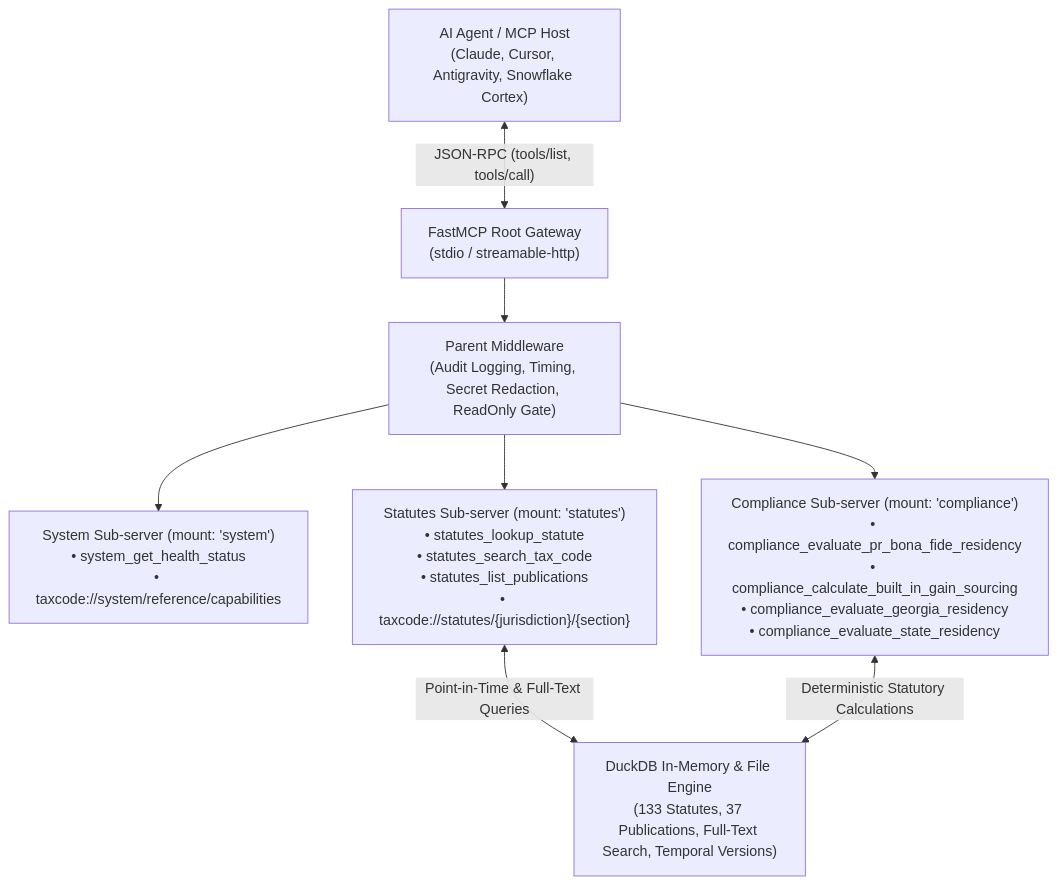
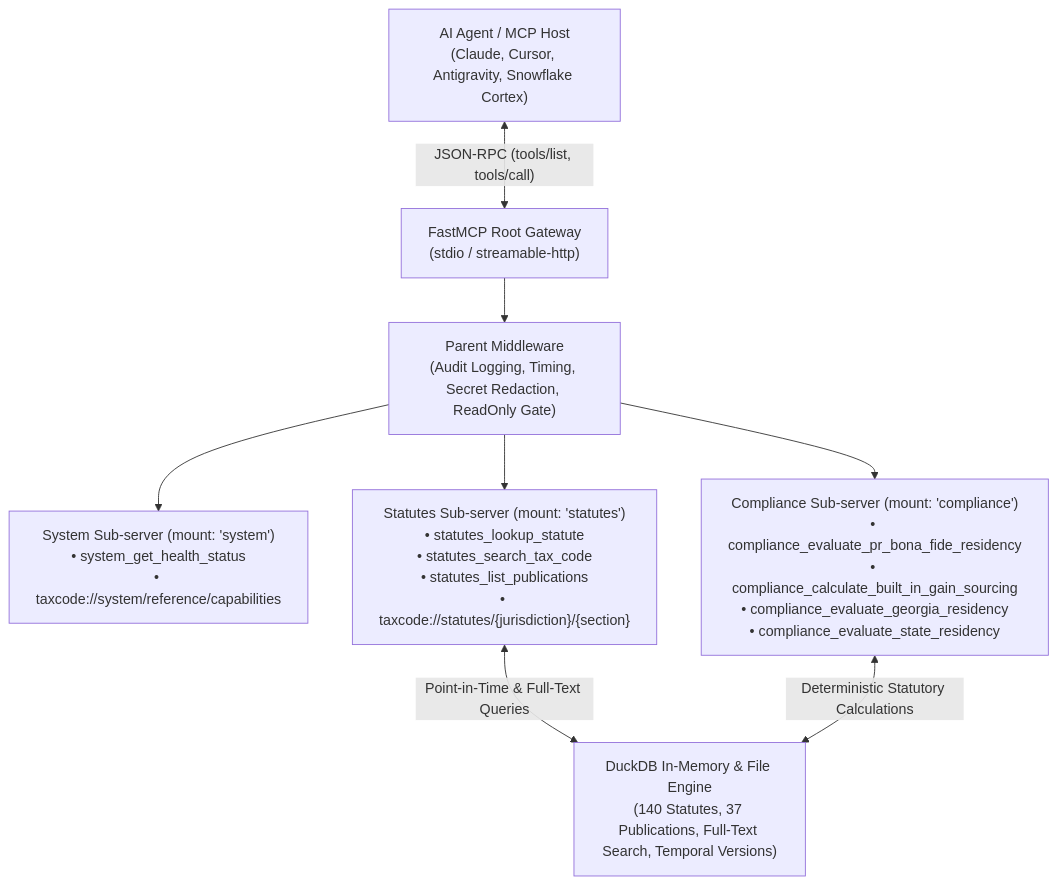
The diagram in README.md (christianclaudio/mcp-server-taxcode), drawn with Mermaid before and after one commit. The commit also changed 19 other files, not shown here.

````diff
--- a/README.md
+++ b/README.md
@@ -22,18 +22,18 @@
 ```mermaid
 graph TD
     Client["AI Agent / MCP Host<br>(Claude, Cursor, Antigravity, Snowflake Cortex)"]
     Gateway["FastMCP Root Gateway<br>(stdio / streamable-http)"]
     ParentMW["Parent Middleware<br>(Audit Logging, Timing, Secret Redaction, ReadOnly Gate)"]
     SysSub["System Sub-server (mount: 'system')<br>• system_get_health_status<br>• taxcode://system/reference/capabilities"]
     StatSub["Statutes Sub-server (mount: 'statutes')<br>• statutes_lookup_statute<br>• statutes_search_tax_code<br>• statutes_list_publications<br>• taxcode://statutes/{jurisdiction}/{section}"]
     CompSub["Compliance Sub-server (mount: 'compliance')<br>• compliance_evaluate_pr_bona_fide_residency<br>• compliance_calculate_built_in_gain_sourcing<br>• compliance_evaluate_georgia_residency<br>• compliance_evaluate_state_residency"]
-    DuckDB["DuckDB In-Memory & File Engine<br>(133 Statutes, 37 Publications, Full-Text Search, Temporal Versions)"]
+    DuckDB["DuckDB In-Memory & File Engine<br>(140 Statutes, 37 Publications, Full-Text Search, Temporal Versions)"]
 
     Client <-->|"JSON-RPC (tools/list, tools/call)"| Gateway
     Gateway --> ParentMW
     ParentMW --> SysSub
     ParentMW --> StatSub
     ParentMW --> CompSub
     StatSub <-->|"Point-in-Time & Full-Text Queries"| DuckDB
     CompSub <-->|"Deterministic Statutory Calculations"| DuckDB
 ```
````
